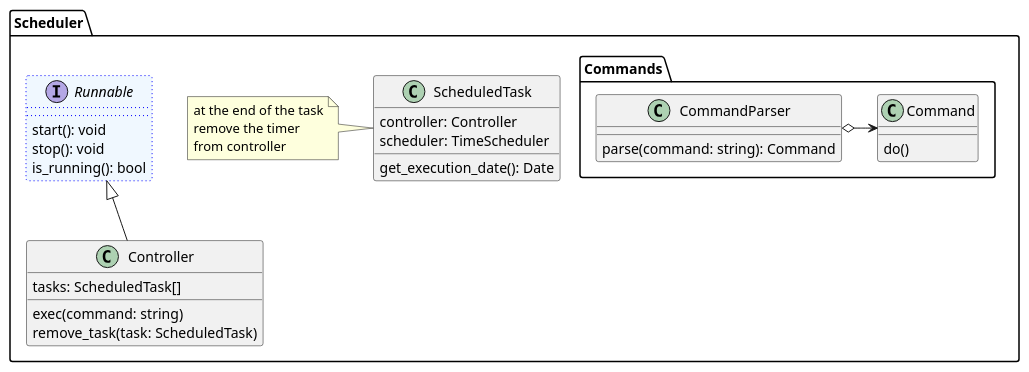
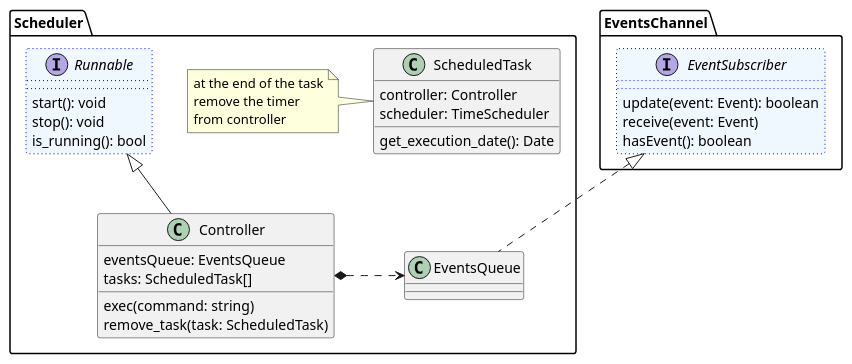
One commit to saratoga8/motion_notifier changed the diagram in docs/classes/scheduler.puml. Above: the diagram before and after it, drawn with PlantUML. The commit also changed 4 other files, not shown here.

```diff
--- a/docs/classes/scheduler.puml
+++ b/docs/classes/scheduler.puml
@@ -1,41 +1,45 @@
 @startuml
 'https://plantuml.com/class-diagram
 
 package Scheduler {
 
     class Controller {
+       eventsQueue: EventsQueue
        tasks: ScheduledTask[]
        exec(command: string)
        remove_task(task: ScheduledTask)
     }
 
     interface Runnable #aliceblue ##[dotted]blue {
        start(): void
        stop(): void
        is_running(): bool
     }
 
     Runnable <|-- Controller
 
     class ScheduledTask {
+
        controller: Controller
        scheduler: TimeScheduler
        get_execution_date(): Date
     }
     note left: at the end of the task\nremove the timer\nfrom controller
 
-    package Commands {
-        class CommandParser {
-           parse(command: string): Command
-        }
 
-        class Command {
-           do()
-        }
-
-        CommandParser o-> Command
-    }
+    class EventsQueue {}
 }
 
+package EventsChannel {
+
+  interface EventSubscriber #aliceblue ##[dotted]blue {
+      update(event: Event): boolean
+      receive(event: Event)
+      hasEvent(): boolean
+  }
+}
+
+EventsQueue ..up|> EventSubscriber
+Controller *..right> EventsQueue
 
 @enduml
```
